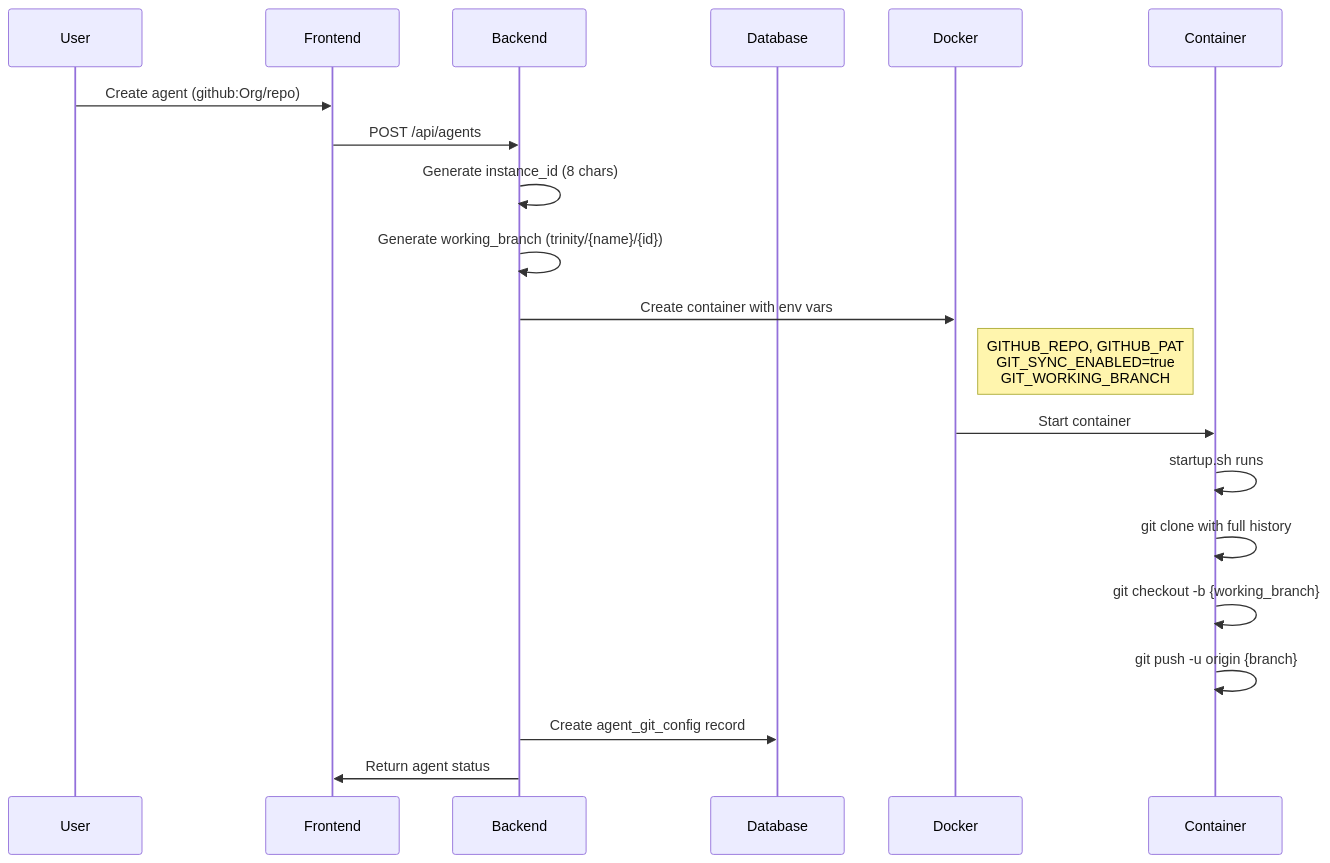
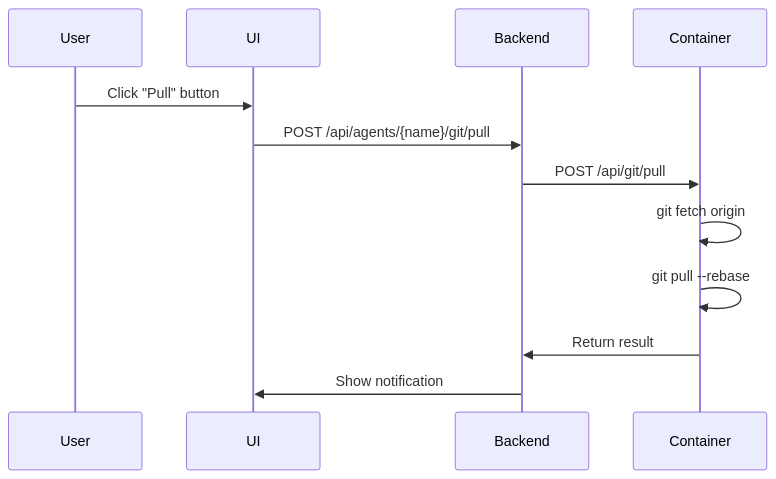
The first of 2 diagrams in docs/memory/feature-flows/github-sync.md (webmixgamer/trinity), drawn with Mermaid before and after one commit. The commit also changed other lines of this file and 21 other files, not shown here.

First line of the commit message:
Add Source Mode for GitHub sync (pull-only from main branch)

````diff
--- a/docs/memory/feature-flows/github-sync.md
+++ b/docs/memory/feature-flows/github-sync.md
@@ -30,23 +69,15 @@
 ```mermaid
 sequenceDiagram
     participant User
-    participant Frontend
+    participant UI
     participant Backend
-    participant Database
-    participant Docker
     participant Container
 
-    User->>Frontend: Create agent (github:Org/repo)
-    Frontend->>Backend: POST /api/agents
-    Backend->>Backend: Generate instance_id (8 chars)
-    Backend->>Backend: Generate working_branch (trinity/{name}/{id})
-    Backend->>Docker: Create container with env vars
-    Note right of Docker: GITHUB_REPO, GITHUB_PAT<br/>GIT_SYNC_ENABLED=true<br/>GIT_WORKING_BRANCH
-    Docker->>Container: Start container
-    Container->>Container: startup.sh runs
-    Container->>Container: git clone with full history
-    Container->>Container: git checkout -b {working_branch}
-    Container->>Container: git push -u origin {branch}
-    Backend->>Database: Create agent_git_config record
-    Backend->>Frontend: Return agent status
+    User->>UI: Click "Pull" button
+    UI->>Backend: POST /api/agents/{name}/git/pull
+    Backend->>Container: POST /api/git/pull
+    Container->>Container: git fetch origin
+    Container->>Container: git pull --rebase
+    Container->>Backend: Return result
+    Backend->>UI: Show notification
 ```
````
